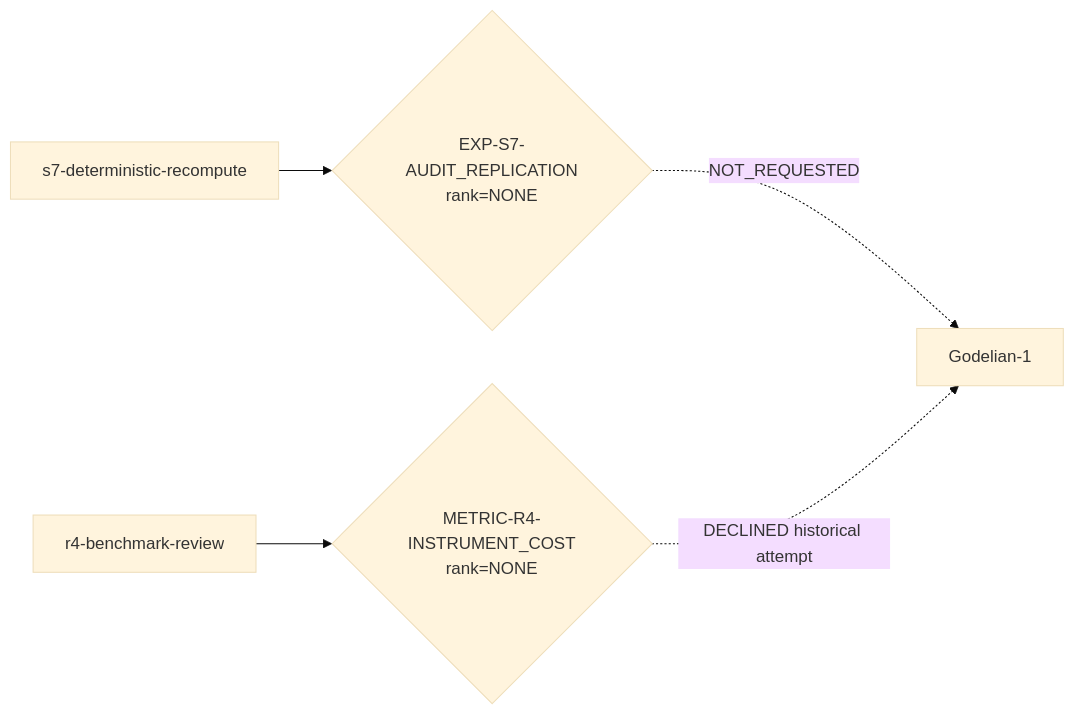
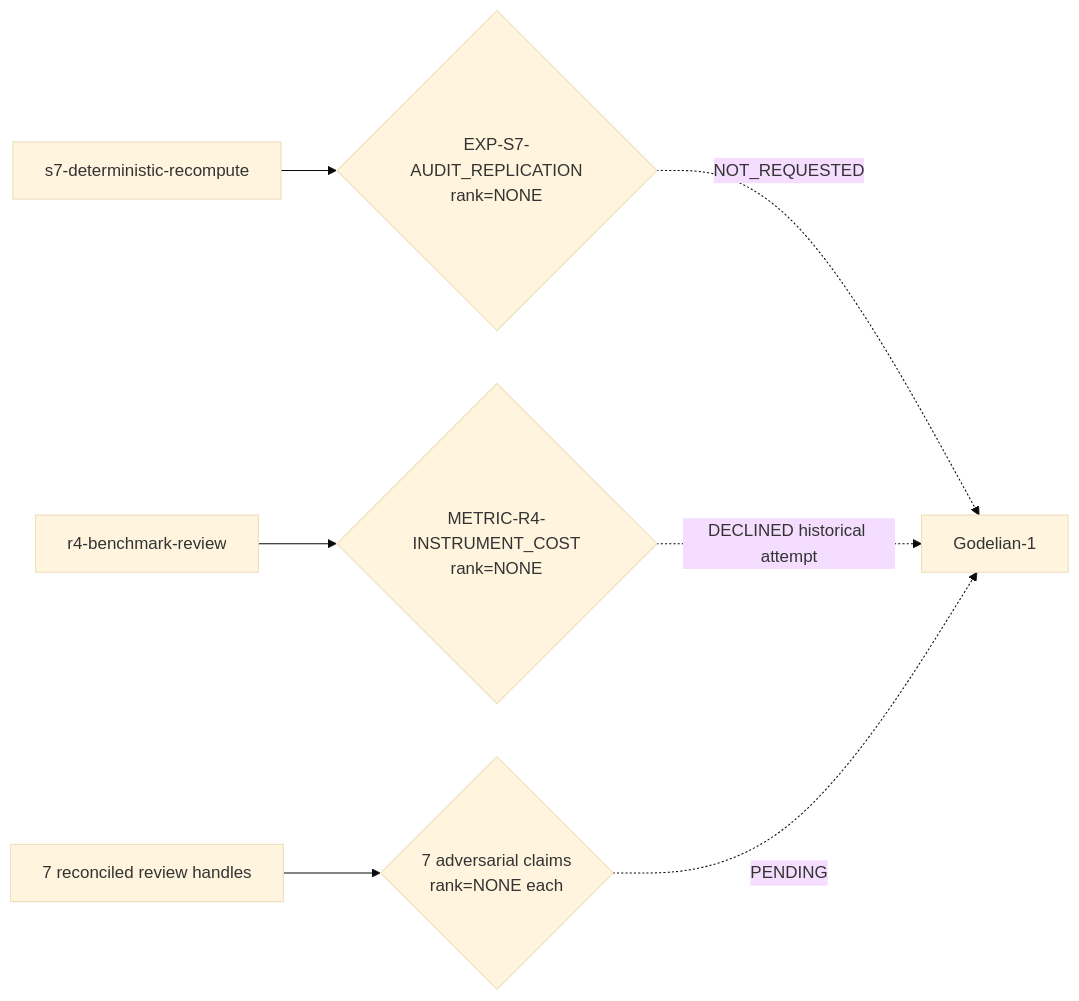
Before and after one commit to Dojo-1/hypercomplexbrain: the second of 2 diagrams in docs/WITNESS_WEAVE.md, drawn with Mermaid (base theme). The commit also changed other lines of this file and 17 other files, not shown here.

````diff
--- a/docs/WITNESS_WEAVE.md
+++ b/docs/WITNESS_WEAVE.md
@@ -157,7 +180,9 @@
 ```mermaid
 flowchart LR
   S7["s7-deterministic-recompute"] --> C1{"EXP-S7-AUDIT_REPLICATION\nrank=NONE"}
   C1 -.->|NOT_REQUESTED| G["Godelian-1"]
   R4["r4-benchmark-review"] --> C2{"METRIC-R4-INSTRUMENT_COST\nrank=NONE"}
   C2 -.->|DECLINED historical attempt| G
+  L["7 reconciled review handles"] --> C3{"7 adversarial claims\nrank=NONE each"}
+  C3 -.->|PENDING| G
 ```
````
